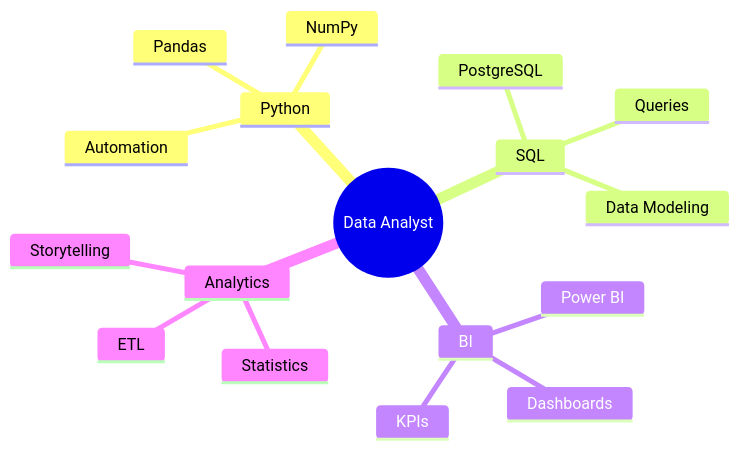
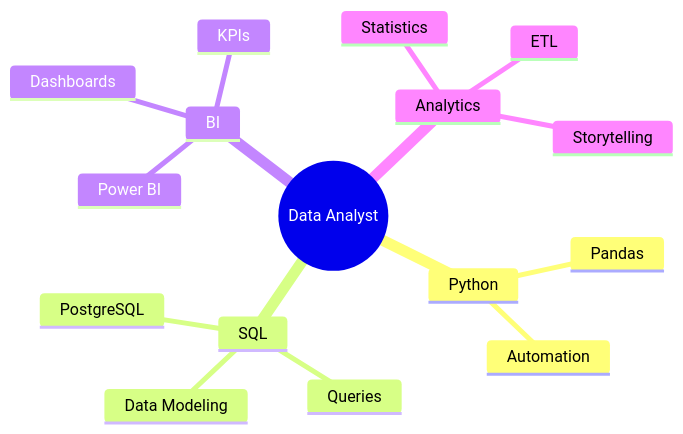
Before and after one commit to enyasofia-data/enyasofia-data: the diagram in README.md, drawn with Mermaid. The commit also changed other lines of this file, not shown here.

````diff
--- a/README.md
+++ b/README.md
@@ -226,20 +207,19 @@
 ```mermaid
 mindmap
   root((Data Analyst))
     Python
       Pandas
-      NumPy
       Automation
     SQL
       PostgreSQL
       Queries
       Data Modeling
     BI
       Power BI
       Dashboards
       KPIs
     Analytics
       Statistics
       ETL
       Storytelling
 ```
````
